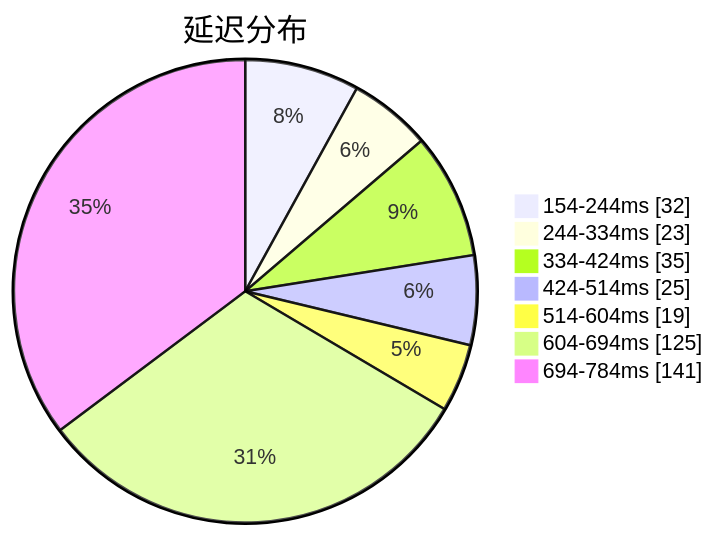
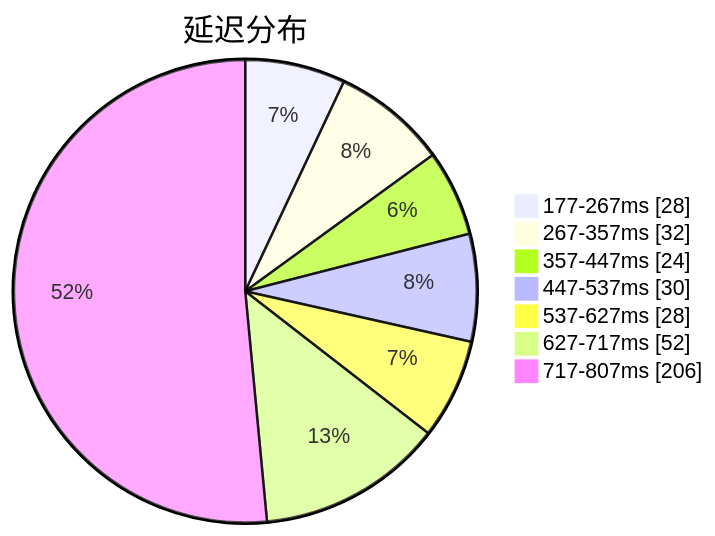
Before and after one commit to qjlxg/airport: the first of 3 diagrams in subs/statistics/tested_within.md, drawn with Mermaid. The commit also changed other lines of this file and 2 other files, not shown here.

Commit message:
Tested by metaST

````diff
--- a/subs/statistics/tested_within.md
+++ b/subs/statistics/tested_within.md
@@ -2,11 +2,11 @@
 ```mermaid
 pie showData
 title 延迟分布
-"154-244ms" : 32
-"244-334ms" : 23
-"334-424ms" : 35
-"424-514ms" : 25
-"514-604ms" : 19
-"604-694ms" : 125
-"694-784ms" : 141
+"177-267ms" : 28
+"267-357ms" : 32
+"357-447ms" : 24
+"447-537ms" : 30
+"537-627ms" : 28
+"627-717ms" : 52
+"717-807ms" : 206
 ```
````
